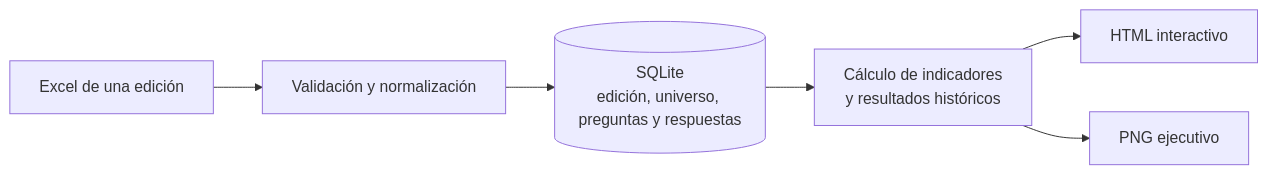
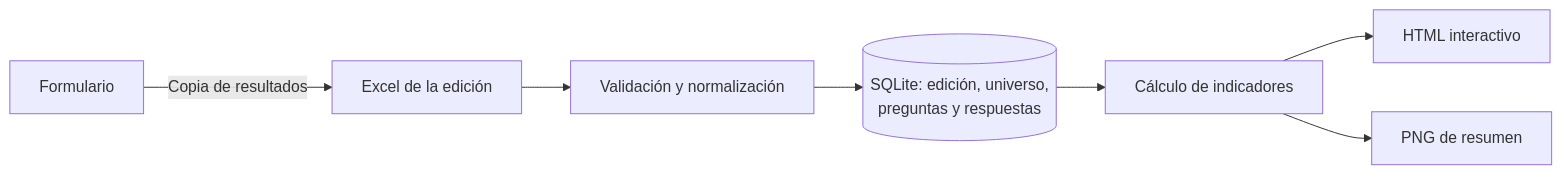
The diagram in auditorias/README.md (jminolli-e/case-studies), drawn with Mermaid before and after one commit. The commit also changed other lines of this file, not shown here.

````diff
--- a/auditorias/README.md
+++ b/auditorias/README.md
@@ -29,8 +37,9 @@
 ```mermaid
 flowchart LR
-    A["Excel de una edición"] --> B["Validación y normalización"]
-    B --> C[("SQLite<br/>edición, universo, preguntas y respuestas")]
-    C --> D["Cálculo de indicadores<br/>y resultados históricos"]
-    D --> E["HTML interactivo"]
-    D --> F["PNG ejecutivo"]
+    A["Formulario"] -->|"Copia de resultados"| B["Excel de la edición"]
+    B --> C["Validación y normalización"]
+    C --> D[("SQLite: edición, universo,<br/>preguntas y respuestas")]
+    D --> E["Cálculo de indicadores"]
+    E --> F["HTML interactivo"]
+    E --> G["PNG de resumen"]
 ```
````
